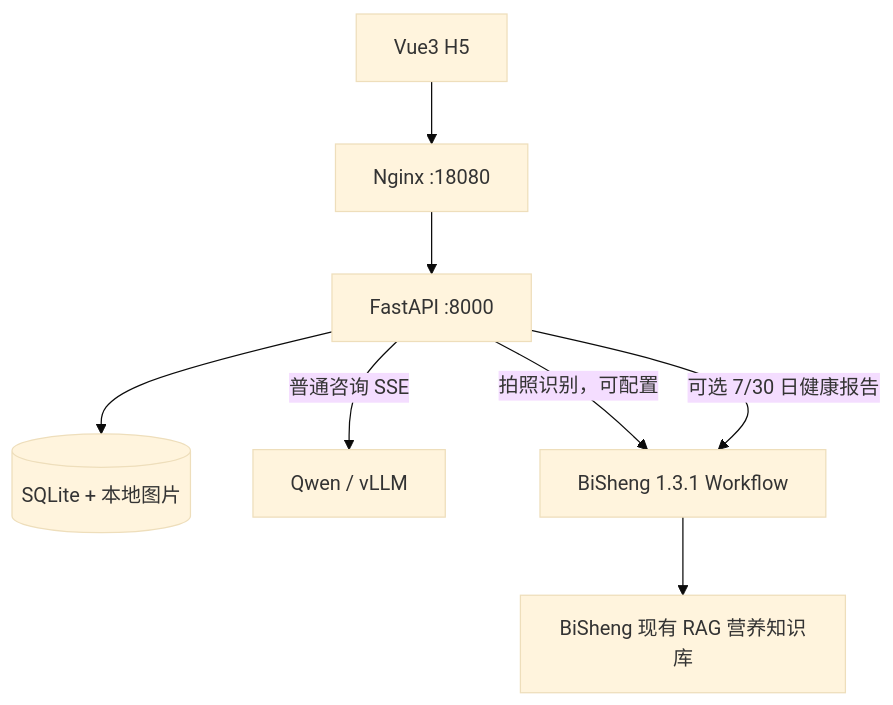
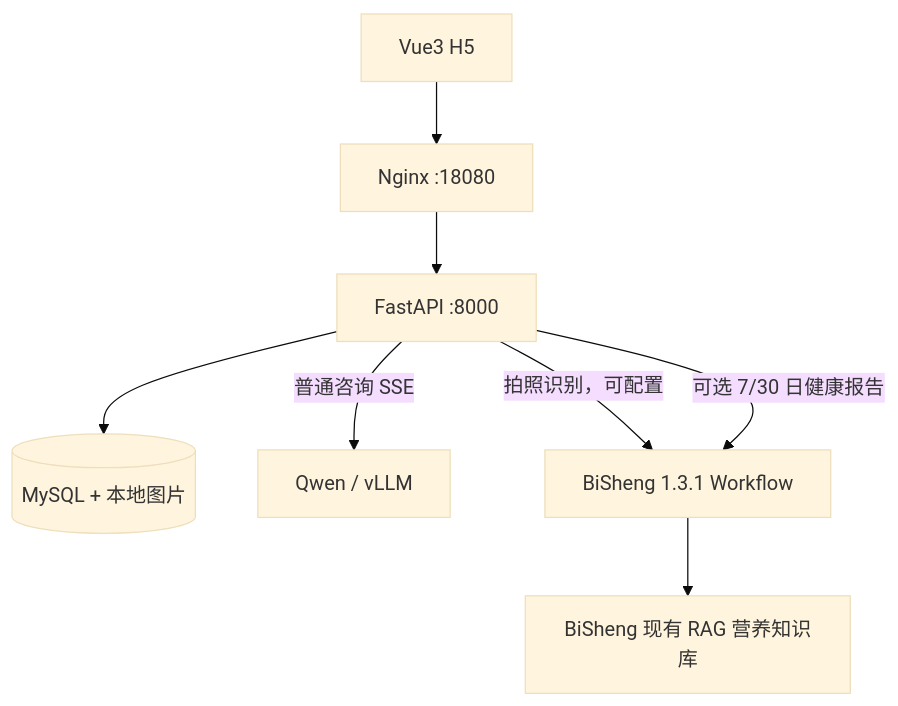
Before and after one commit to Fleur520/ai-nutritionist-h5: the diagram in README.md, drawn with Mermaid (base theme). The commit also changed other lines of this file and 29 other files, not shown here.

````diff
--- a/README.md
+++ b/README.md
@@ -9,10 +9,10 @@
 ```mermaid
 flowchart TB
  H[Vue3 H5] --> N[Nginx :18080]
  N --> P[FastAPI :8000]
- P --> D[(SQLite + 本地图片)]
+ P --> D[(MySQL + 本地图片)]
  P -->|普通咨询 SSE| Q[Qwen / vLLM]
  P -->|拍照识别，可配置| B[BiSheng 1.3.1 Workflow]
  P -->|可选 7/30 日健康报告| B
  B --> K[BiSheng 现有 RAG 营养知识库]
 ```
````
